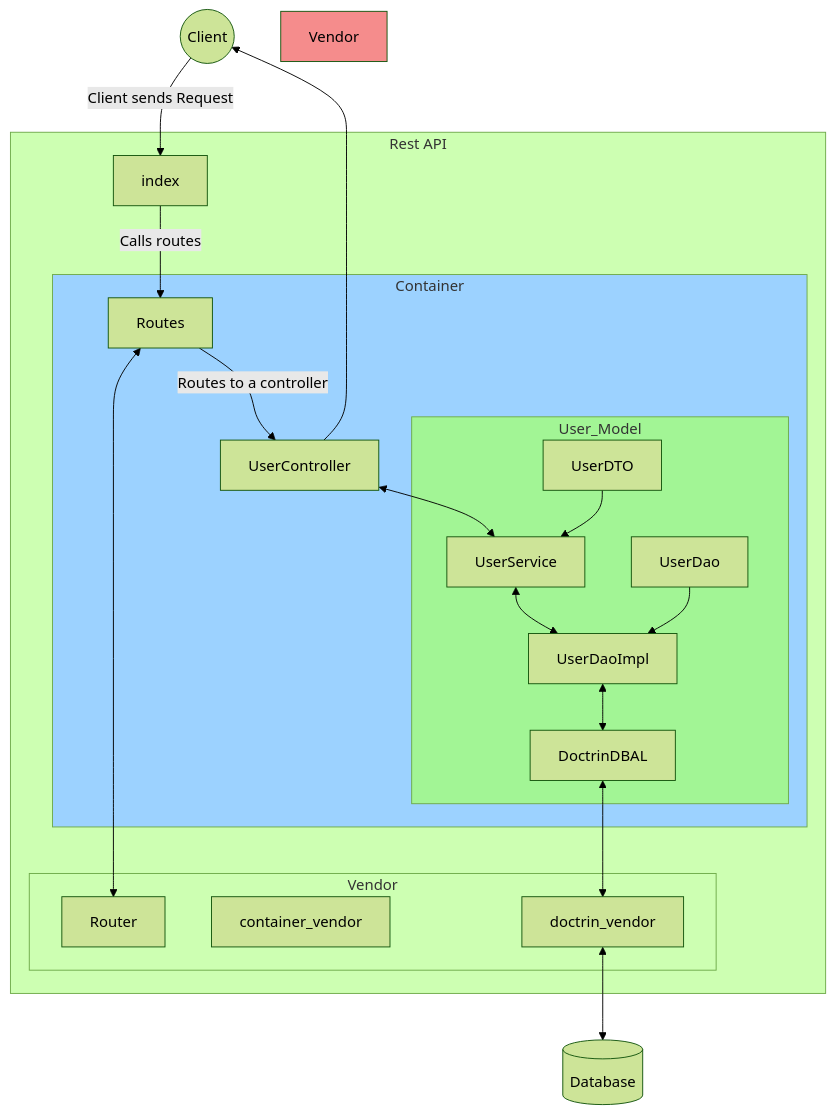
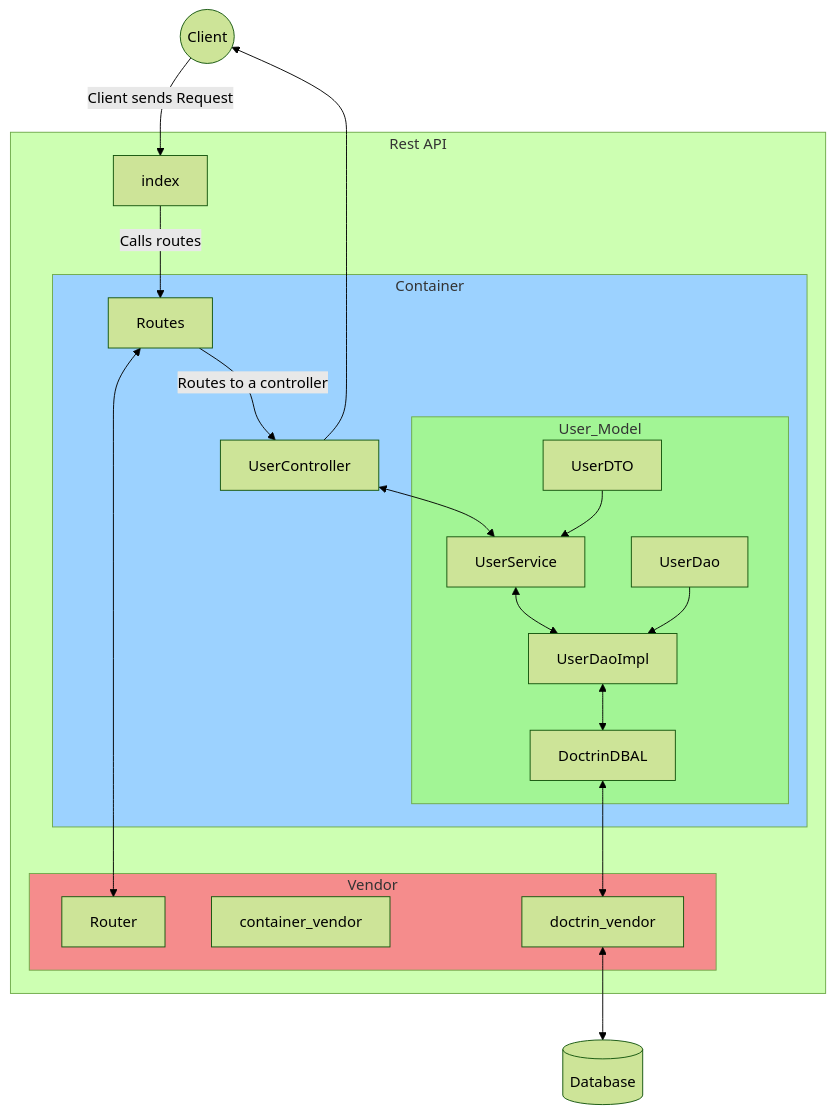
One commit to Patapataro/Patient-Rest-API changed the diagram in README.md. Above: the diagram before and after it, drawn with Mermaid (forest theme).

Commit message:
Updated graph colors

````diff
--- a/README.md
+++ b/README.md
@@ -41,35 +41,35 @@
 ```mermaid
 flowchart  TD
 id2((Client)) --> |Client sends Request| index
 UserController --> id2
 
 subgraph Rest API
 	subgraph  id4[Container]
 		Routes --> |Routes to a controller |UserController 
 		UserController <--> UserService 
 		
 		subgraph  id3[User_Model]
 			UserDTO --> UserService
 			UserService <--> UserDaoImpl
 			UserDao --> UserDaoImpl
 			UserDaoImpl <--> DoctrinDBAL
 		end
 	end
 
-	subgraph  Vendor
+	subgraph  id5[Vendor]
 		Router
 		container_vendor 
 		doctrin_vendor
 	end
 	
 	index --> |Calls routes| Routes
 	Routes <--> Router
 	DoctrinDBAL <--> doctrin_vendor
 	
 end
 	doctrin_vendor<--> id1[(Database)]
-	
-	style Vendor fill:#f58c8c
+
+	style id5 fill:#f58c8c
 	style id4 fill:#9cd2ff
 	style id3 fill:#a2f595
 ```
````
